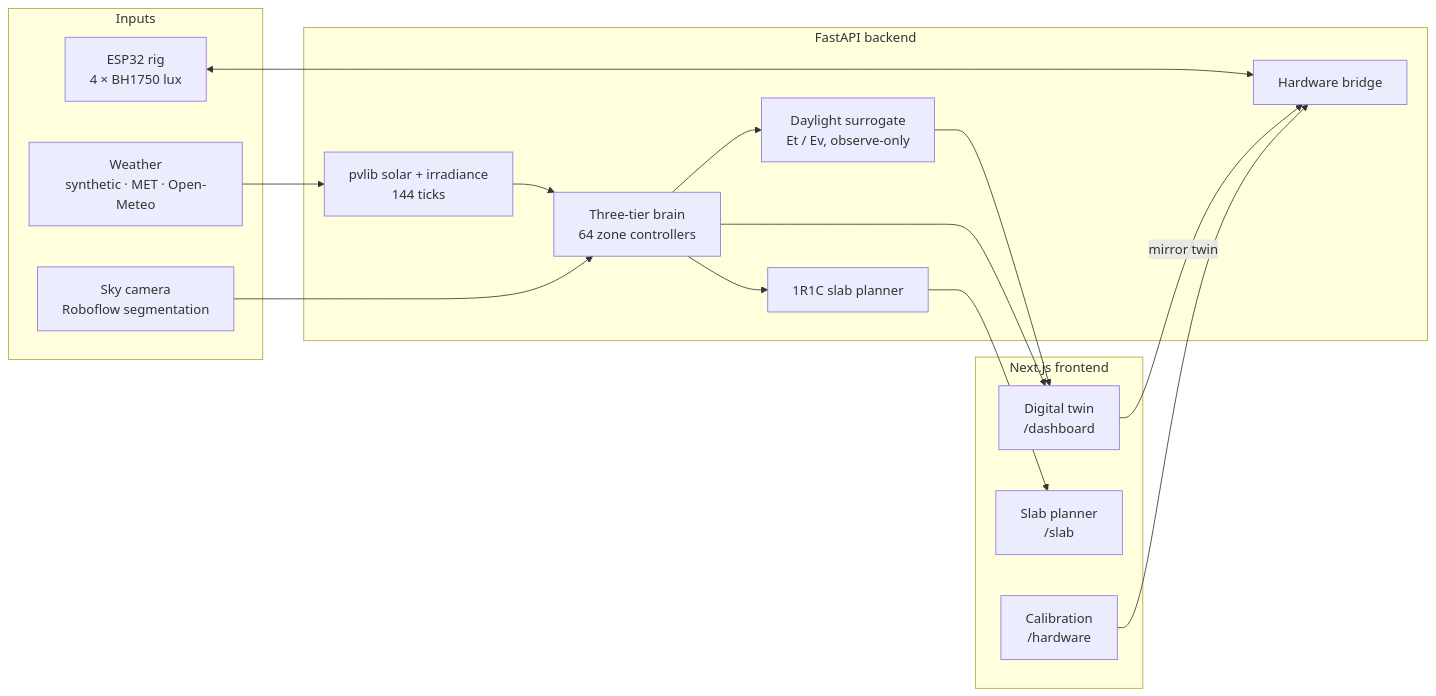
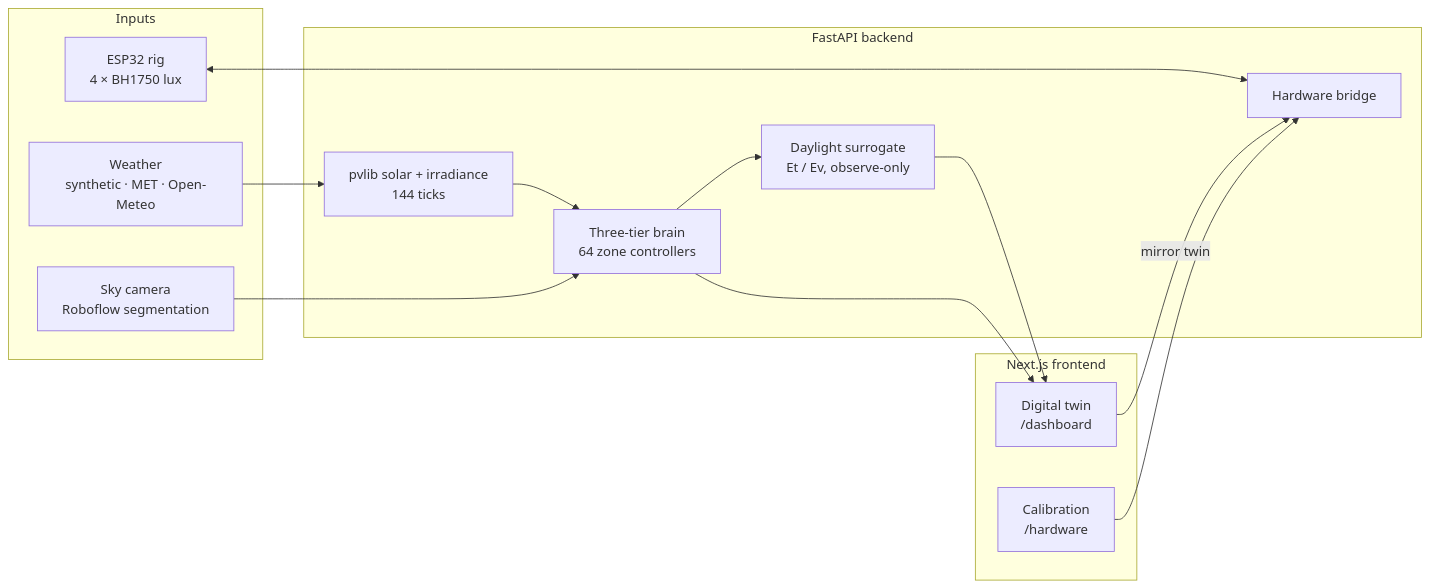
One commit to Bonk1211/Marvex-Neuro-Skin changed the diagram in README.md. Above: the diagram before and after it, drawn with Mermaid. The commit also changed other lines of this file and 5 other files, not shown here.

Commit message:
docs: drop slab planner, document onboarding, CSI and known limits

````diff
--- a/README.md
+++ b/README.md
@@ -80,31 +78,28 @@
 ```mermaid
 flowchart LR
   subgraph inputs [Inputs]
     W["Weather<br/>synthetic · MET · Open-Meteo"]
     V["Sky camera<br/>Roboflow segmentation"]
     E["ESP32 rig<br/>4 × BH1750 lux"]
   end
 
   subgraph backend [FastAPI backend]
     S["pvlib solar + irradiance<br/>144 ticks"]
     B["Three-tier brain<br/>64 zone controllers"]
     D["Daylight surrogate<br/>Et / Ev, observe-only"]
-    P["1R1C slab planner"]
     H["Hardware bridge"]
   end
 
   subgraph frontend [Next.js frontend]
     T["Digital twin<br/>/dashboard"]
-    SL["Slab planner<br/>/slab"]
     C["Calibration<br/>/hardware"]
   end
 
   W --> S --> B
   V --> B
   B --> D --> T
   B --> T
-  B --> P --> SL
   E <--> H
   T -- mirror twin --> H
   C --> H
 ```
````
